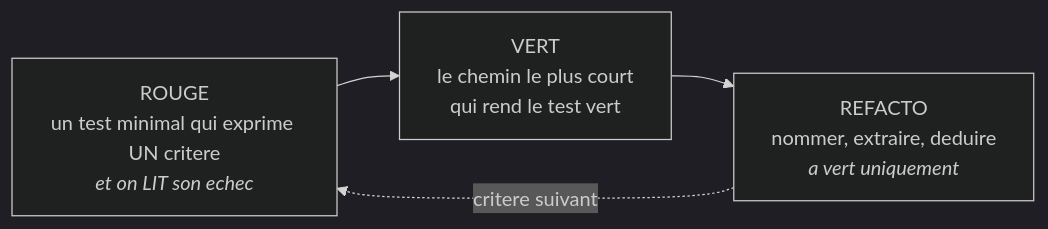
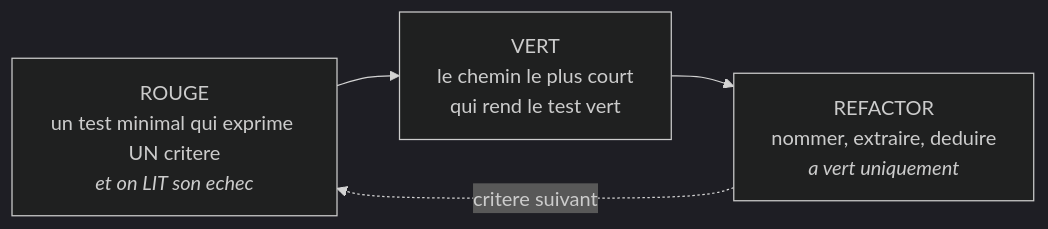
One commit to MasterLaplace/LplCraftSkills changed the diagram in skills/tests-first/SKILL.md. Above: the diagram before and after it, drawn with Mermaid (dark theme). The commit also changed other lines of this file and 4 other files, not shown here.

````diff
--- a/skills/tests-first/SKILL.md
+++ b/skills/tests-first/SKILL.md
@@ -43,8 +43,8 @@
 ```mermaid
 flowchart LR
   R["ROUGE<br/>un test minimal qui exprime UN critere<br/><i>et on LIT son echec</i>"]
   V["VERT<br/>le chemin le plus court<br/>qui rend le test vert"]
-  F["REFACTO<br/>nommer, extraire, deduire<br/><i>a vert uniquement</i>"]
+  F["REFACTOR<br/>nommer, extraire, deduire<br/><i>a vert uniquement</i>"]
   R --> V --> F
   F -.->|"critere suivant"| R
 ```
````
